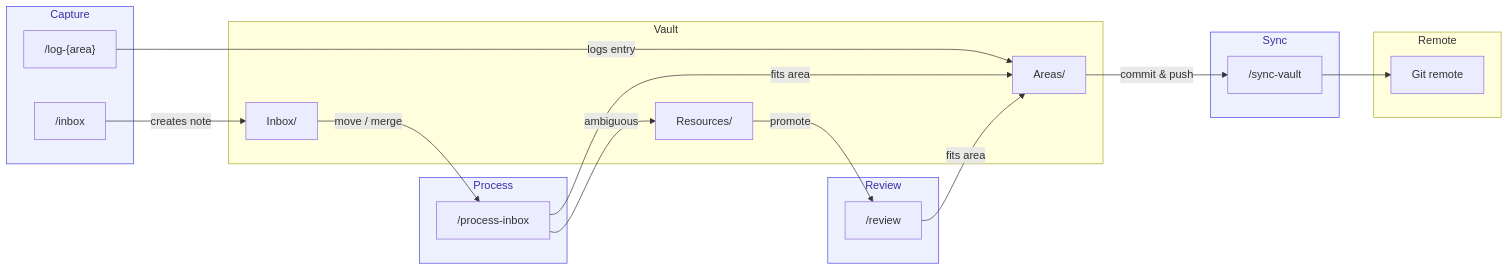
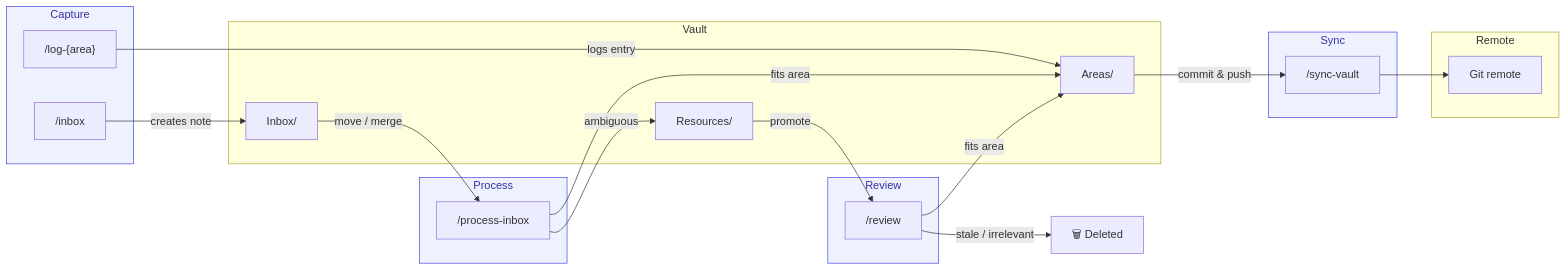
Before and after one commit to le4ker/mneme-template: the diagram in README.md, drawn with Mermaid. The commit also changed other lines of this file, not shown here.

Commit message:
add blog post link and resource discard flow to diagram

````diff
--- a/README.md
+++ b/README.md
@@ -29,44 +32,45 @@
 ```mermaid
 flowchart LR
     subgraph capture ["Capture"]
         inbox["/inbox"]
         logarea["/log-{area}"]
     end
 
     subgraph process ["Process"]
         processinbox["/process-inbox"]
     end
 
     subgraph reviewsg ["Review"]
         reviewcmd["/review"]
     end
 
     subgraph sync ["Sync"]
         syncvault["/sync-vault"]
     end
 
     subgraph vault ["Vault"]
         Inbox["Inbox/"]
         Areas["Areas/"]
         Resources["Resources/"]
     end
 
     subgraph remote ["Remote"]
         Git["Git remote"]
     end
 
     style capture fill:#eef2ff,stroke:#4f46e5,color:#3730a3
     style process fill:#eef2ff,stroke:#4f46e5,color:#3730a3
     style reviewsg fill:#eef2ff,stroke:#4f46e5,color:#3730a3
     style sync fill:#eef2ff,stroke:#4f46e5,color:#3730a3
 
     inbox -->|"creates note"| Inbox
     logarea -->|"logs entry"| Areas
     Inbox -->|"move / merge"| processinbox
     processinbox -->|"fits area"| Areas
     processinbox -->|"ambiguous"| Resources
     Resources -->|"promote"| reviewcmd
     reviewcmd -->|"fits area"| Areas
+    reviewcmd -->|"stale / irrelevant"| Deleted["🗑 Deleted"]
     Areas -->|"commit & push"| syncvault
     syncvault --> Git
 ```
````
